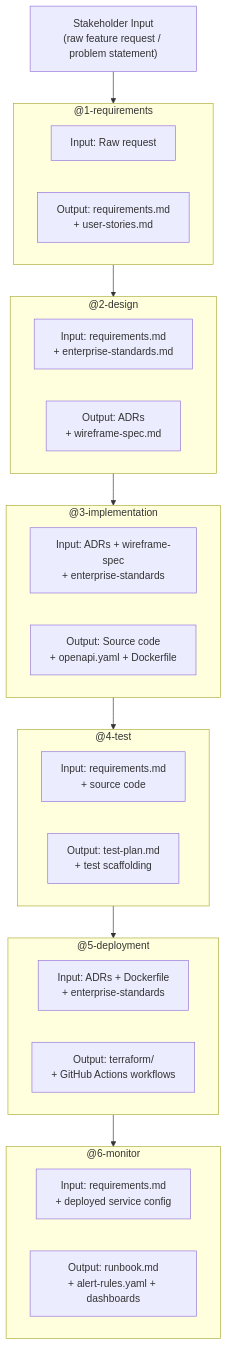
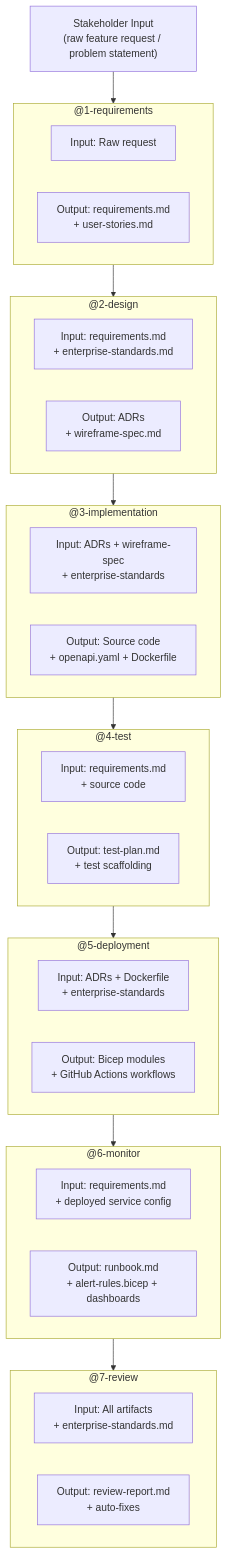
The diagram in governance/agent-pipeline-overview.md (carpenike/demo-copilot-build-process), drawn with Mermaid before and after one commit. The commit also changed other lines of this file and 15 other files, not shown here.

First line of the commit message:
feat: enforce PaaS-first standards, code quality gates, Bicep IaC, and @7-review agent

````diff
--- a/governance/agent-pipeline-overview.md
+++ b/governance/agent-pipeline-overview.md
@@ -13,52 +13,60 @@
 ```mermaid
 flowchart TD
     Input["Stakeholder Input\n(raw feature request / problem statement)"]
 
     Input --> REQ
 
     subgraph REQ ["@1-requirements"]
         direction LR
         REQ_IN["Input: Raw request"]
         REQ_OUT["Output: requirements.md\n+ user-stories.md"]
     end
 
     REQ --> DES
 
     subgraph DES ["@2-design"]
         direction LR
         DES_IN["Input: requirements.md\n+ enterprise-standards.md"]
         DES_OUT["Output: ADRs\n+ wireframe-spec.md"]
     end
 
     DES --> IMP
 
     subgraph IMP ["@3-implementation"]
         direction LR
         IMP_IN["Input: ADRs + wireframe-spec\n+ enterprise-standards"]
         IMP_OUT["Output: Source code\n+ openapi.yaml + Dockerfile"]
     end
 
     IMP --> TST
 
     subgraph TST ["@4-test"]
         direction LR
         TST_IN["Input: requirements.md\n+ source code"]
         TST_OUT["Output: test-plan.md\n+ test scaffolding"]
     end
 
     TST --> DEP
 
     subgraph DEP ["@5-deployment"]
         direction LR
         DEP_IN["Input: ADRs + Dockerfile\n+ enterprise-standards"]
-        DEP_OUT["Output: terraform/\n+ GitHub Actions workflows"]
+        DEP_OUT["Output: Bicep modules\n+ GitHub Actions workflows"]
     end
 
     DEP --> MON
 
     subgraph MON ["@6-monitor"]
         direction LR
         MON_IN["Input: requirements.md\n+ deployed service config"]
-        MON_OUT["Output: runbook.md\n+ alert-rules.yaml + dashboards"]
+        MON_OUT["Output: runbook.md\n+ alert-rules.bicep + dashboards"]
+    end
+
+    MON --> REV
+
+    subgraph REV ["@7-review"]
+        direction LR
+        REV_IN["Input: All artifacts\n+ enterprise-standards.md"]
+        REV_OUT["Output: review-report.md\n+ auto-fixes"]
     end
 ```
````
